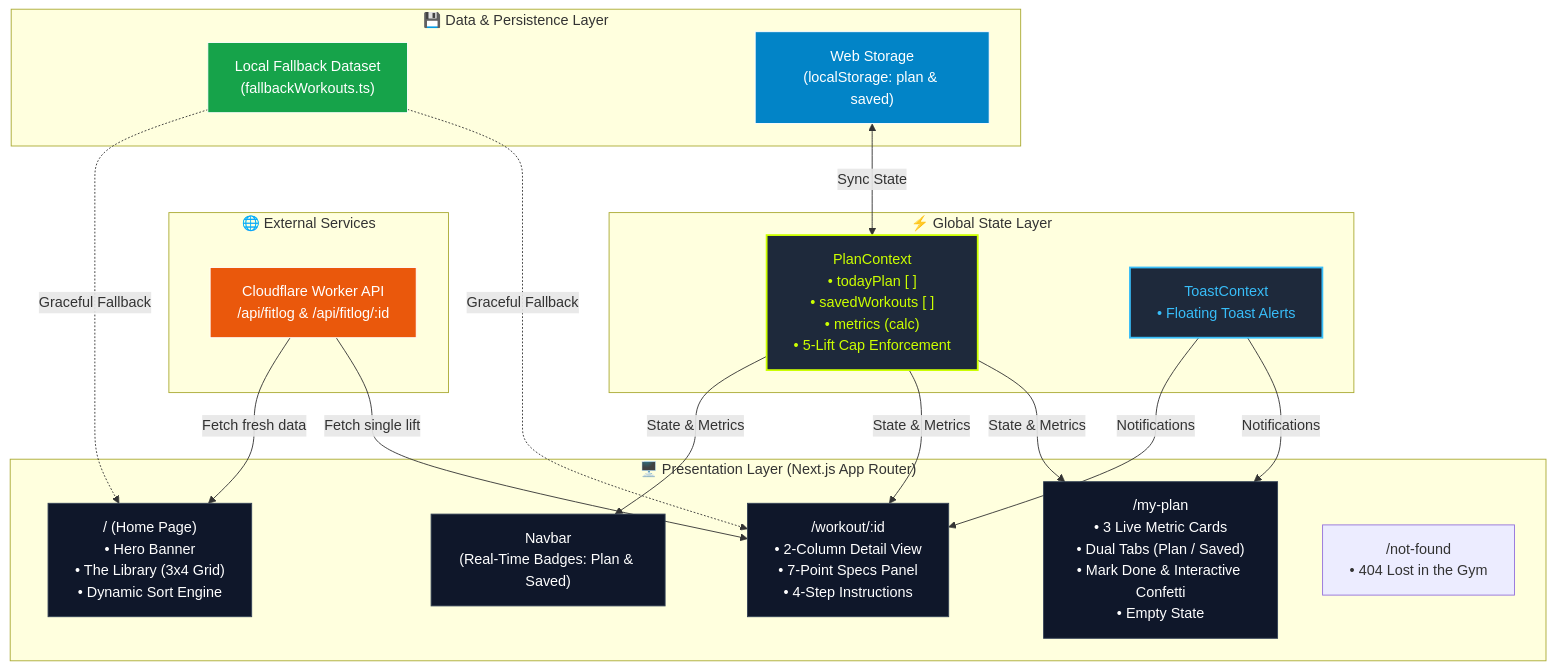
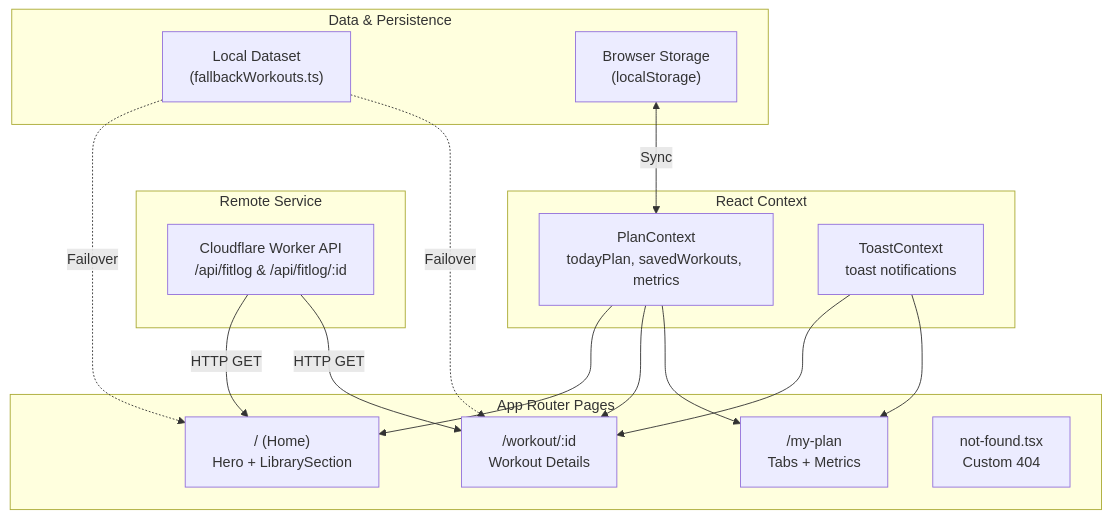
One commit to mahfuzhasan2700/Assignment-6 changed the diagram in README.md. Above: the diagram before and after it, drawn with Mermaid. The commit also changed other lines of this file, not shown here.

Commit message:
docs: finalize production-quality README with complete architecture and API specs

````diff
--- a/README.md
+++ b/README.md
@@ -184,45 +104,34 @@
 ```mermaid
 flowchart TD
-    subgraph Remote["🌐 External Services"]
+    subgraph Remote["Remote Service"]
         API["Cloudflare Worker API<br/>/api/fitlog & /api/fitlog/:id"]
     end
 
-    subgraph DataLayer["💾 Data & Persistence Layer"]
-        Fallback["Local Fallback Dataset<br/>(fallbackWorkouts.ts)"]
-        LocalStorage["Web Storage<br/>(localStorage: plan & saved)"]
+    subgraph Data["Data & Persistence"]
+        Fallback["Local Dataset<br/>(fallbackWorkouts.ts)"]
+        Storage["Browser Storage<br/>(localStorage)"]
     end
 
-    subgraph StateManagement["⚡ Global State Layer"]
-        PlanCtx["PlanContext<br/>• todayPlan [ ]<br/>• savedWorkouts [ ]<br/>• metrics (calc)<br/>• 5-Lift Cap Enforcement"]
-        ToastCtx["ToastContext<br/>• Floating Toast Alerts"]
+    subgraph State["React Context"]
+        PlanCtx["PlanContext<br/>todayPlan, savedWorkouts, metrics"]
+        ToastCtx["ToastContext<br/>toast notifications"]
     end
 
-    subgraph UIComponents["🖥️ Presentation Layer (Next.js App Router)"]
-        Nav["Navbar<br/>(Real-Time Badges: Plan & Saved)"]
-        Home["/ (Home Page)<br/>• Hero Banner<br/>• The Library (3x4 Grid)<br/>• Dynamic Sort Engine"]
-        Detail["/workout/:id<br/>• 2-Column Detail View<br/>• 7-Point Specs Panel<br/>• 4-Step Instructions"]
-        MyPlan["/my-plan<br/>• 3 Live Metric Cards<br/>• Dual Tabs (Plan / Saved)<br/>• Mark Done & Interactive Confetti<br/>• Empty State"]
-        NotFound["/not-found<br/>• 404 Lost in the Gym"]
+    subgraph Pages["App Router Pages"]
+        Home["/ (Home)<br/>Hero + LibrarySection"]
+        Detail["/workout/:id<br/>Workout Details"]
+        PlanPage["/my-plan<br/>Tabs + Metrics"]
+        NotFound["not-found.tsx<br/>Custom 404"]
     end
 
-    API -->|Fetch fresh data| Home
-    API -->|Fetch single lift| Detail
-    Fallback -.->|Graceful Fallback| Home
-    Fallback -.->|Graceful Fallback| Detail
-    LocalStorage <-->|Sync State| PlanCtx
-    PlanCtx -->|State & Metrics| Nav
-    PlanCtx -->|State & Metrics| Detail
-    PlanCtx -->|State & Metrics| MyPlan
-    ToastCtx -->|Notifications| Detail
-    ToastCtx -->|Notifications| MyPlan
-
-    style API fill:#ea580c,stroke:#fff,color:#fff
-    style Fallback fill:#16a34a,stroke:#fff,color:#fff
-    style LocalStorage fill:#0284c7,stroke:#fff,color:#fff
-    style PlanCtx fill:#1e293b,stroke:#ccff00,color:#ccff00,stroke-width:2px
-    style ToastCtx fill:#1e293b,stroke:#38bdf8,color:#38bdf8,stroke-width:2px
-    style Home fill:#0f172a,stroke:#334155,color:#fff
-    style Detail fill:#0f172a,stroke:#334155,color:#fff
-    style MyPlan fill:#0f172a,stroke:#334155,color:#fff
-    style Nav fill:#0f172a,stroke:#334155,color:#fff
+    API -->|HTTP GET| Home
+    API -->|HTTP GET| Detail
+    Fallback -.->|Failover| Home
+    Fallback -.->|Failover| Detail
+    Storage <-->|Sync| PlanCtx
+    PlanCtx --> Home
+    PlanCtx --> Detail
+    PlanCtx --> PlanPage
+    ToastCtx --> Detail
+    ToastCtx --> PlanPage
 ```
````
